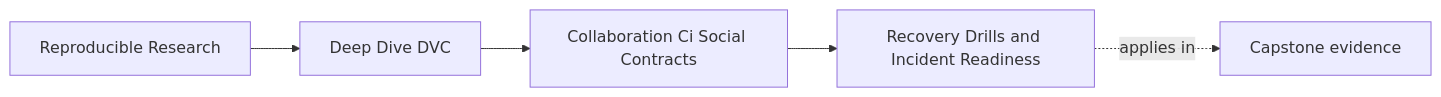
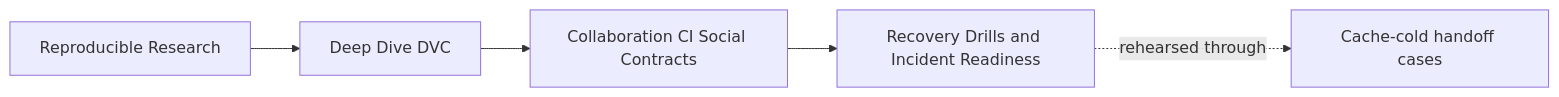
The first of 3 diagrams in programs/reproducible-research/deep-dive-dvc/course-book/module-07-collaboration-ci-social-contracts/recovery-drills-and-incident-readiness.md (bijux/bijux-masterclass), drawn with Mermaid before and after one commit. The commit also changed other lines of this file, not shown here.

Commit message:
docs(dvc): rehearse cache-cold handoff recovery

````diff
--- a/programs/reproducible-research/deep-dive-dvc/course-book/module-07-collaboration-ci-social-contracts/recovery-drills-and-incident-readiness.md
+++ b/programs/reproducible-research/deep-dive-dvc/course-book/module-07-collaboration-ci-social-contracts/recovery-drills-and-incident-readiness.md
@@ -7,11 +6,11 @@
 ```mermaid
 graph LR
   family["Reproducible Research"]
   program["Deep Dive DVC"]
-  section["Collaboration Ci Social Contracts"]
+  section["Collaboration CI Social Contracts"]
   page["Recovery Drills and Incident Readiness"]
-  capstone["Capstone evidence"]
+  capstone["Cache-cold handoff cases"]
 
   family --> program --> section --> page
-  page -.applies in.-> capstone
+  page -.rehearsed through.-> capstone
 ```
````
